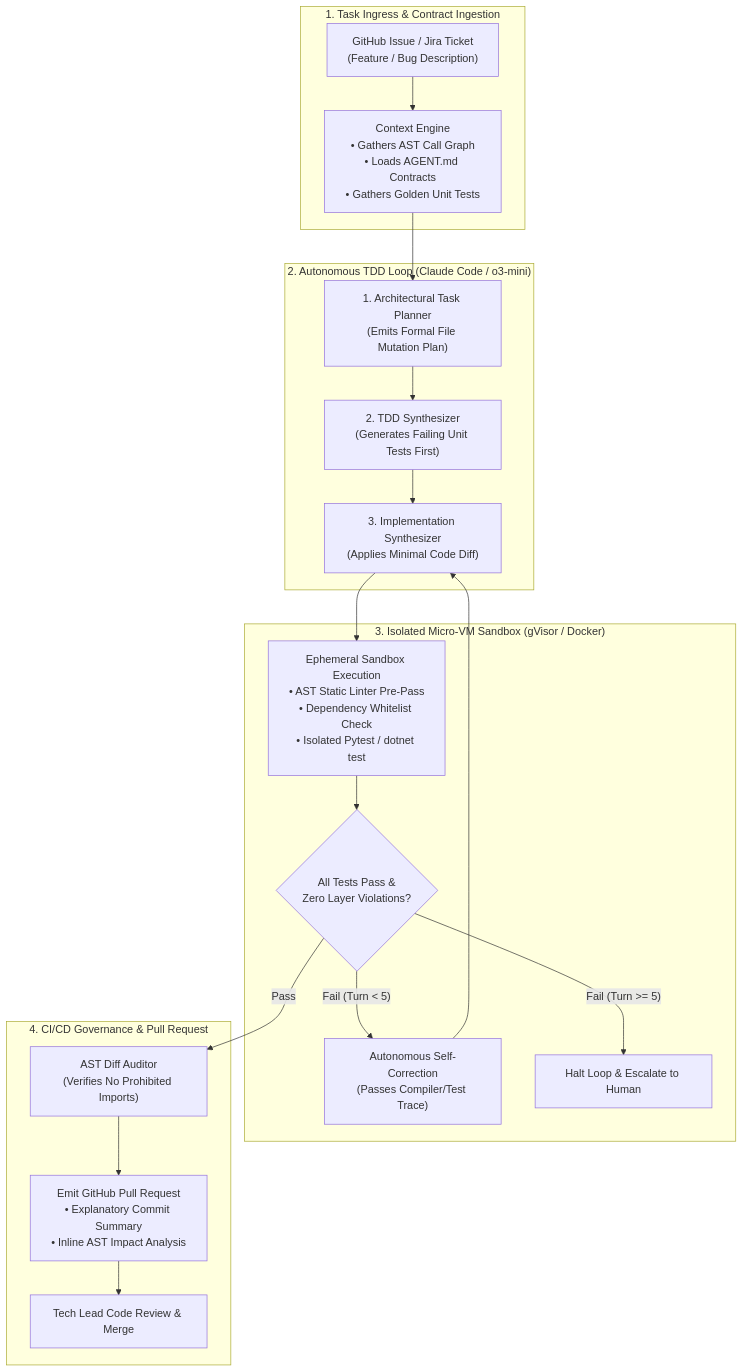
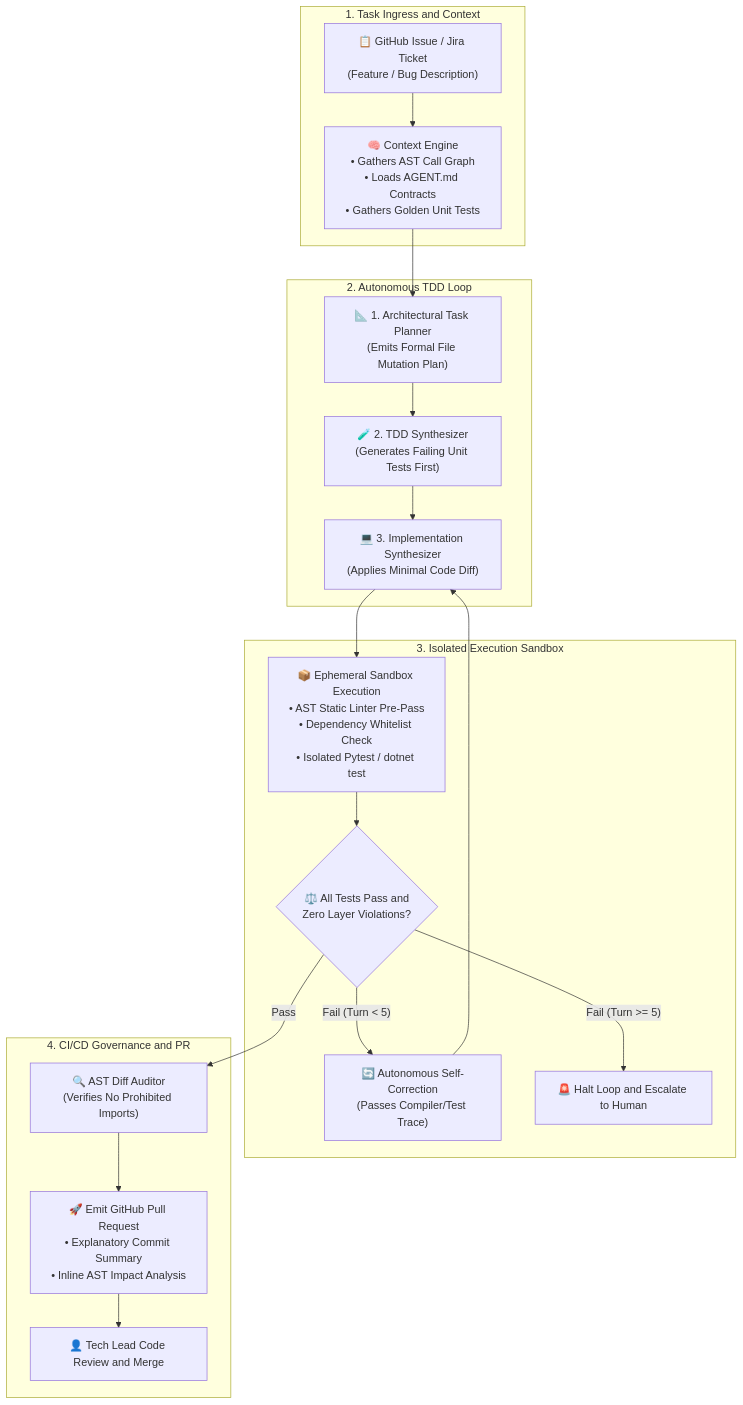
One commit to dip4k/senior-engineer-to-ai-engineer-roadmap changed the first of 2 diagrams in use-cases/use-case-01-ai-assisted-sdlc.md. Above: the diagram before and after it, drawn with Mermaid. The commit also changed 94 other files, not shown here.

Commit message:
refactor(curriculum): complete Phase 04 upgrade and enforce diagram renderer invariants

````diff
--- a/use-cases/use-case-01-ai-assisted-sdlc.md
+++ b/use-cases/use-case-01-ai-assisted-sdlc.md
@@ -24,26 +24,26 @@
 ```mermaid
 flowchart TD
-    subgraph Ingress["1. Task Ingress & Contract Ingestion"]
-        Issue["GitHub Issue / Jira Ticket<br>(Feature / Bug Description)"] --> Context["Context Engine<br>• Gathers AST Call Graph<br>• Loads AGENT.md Contracts<br>• Gathers Golden Unit Tests"]
+    subgraph Ingress["1. Task Ingress and Context"]
+        Issue["📋 GitHub Issue / Jira Ticket<br>(Feature / Bug Description)"] --> Context["🧠 Context Engine<br>• Gathers AST Call Graph<br>• Loads AGENT.md Contracts<br>• Gathers Golden Unit Tests"]
     end
 
-    subgraph AgentLoop["2. Autonomous TDD Loop (Claude Code / o3-mini)"]
-        Context --> Plan["1. Architectural Task Planner<br>(Emits Formal File Mutation Plan)"]
-        Plan --> TDD_Gen["2. TDD Synthesizer<br>(Generates Failing Unit Tests First)"]
-        TDD_Gen --> Code_Gen["3. Implementation Synthesizer<br>(Applies Minimal Code Diff)"]
+    subgraph AgentLoop["2. Autonomous TDD Loop"]
+        Context --> Plan["📐 1. Architectural Task Planner<br>(Emits Formal File Mutation Plan)"]
+        Plan --> TDD_Gen["🧪 2. TDD Synthesizer<br>(Generates Failing Unit Tests First)"]
+        TDD_Gen --> Code_Gen["💻 3. Implementation Synthesizer<br>(Applies Minimal Code Diff)"]
     end
 
-    subgraph Sandbox["3. Isolated Micro-VM Sandbox (gVisor / Docker)"]
-        Code_Gen --> Runner["Ephemeral Sandbox Execution<br>• AST Static Linter Pre-Pass<br>• Dependency Whitelist Check<br>• Isolated Pytest / dotnet test"]
-        Runner --> Gate{"All Tests Pass &<br>Zero Layer Violations?"}
-        Gate -- "Fail (Turn < 5)" --> SelfCorrect["Autonomous Self-Correction<br>(Passes Compiler/Test Trace)"]
+    subgraph Sandbox["3. Isolated Execution Sandbox"]
+        Code_Gen --> Runner["📦 Ephemeral Sandbox Execution<br>• AST Static Linter Pre-Pass<br>• Dependency Whitelist Check<br>• Isolated Pytest / dotnet test"]
+        Runner --> Gate{"⚖️ All Tests Pass and<br>Zero Layer Violations?"}
+        Gate -- "Fail (Turn < 5)" --> SelfCorrect["🔄 Autonomous Self-Correction<br>(Passes Compiler/Test Trace)"]
         SelfCorrect --> Code_Gen
-        Gate -- "Fail (Turn >= 5)" --> Escalate["Halt Loop & Escalate to Human"]
+        Gate -- "Fail (Turn >= 5)" --> Escalate["🚨 Halt Loop and Escalate to Human"]
     end
 
-    subgraph Governance["4. CI/CD Governance & Pull Request"]
-        Gate -- "Pass" --> DiffAST["AST Diff Auditor<br>(Verifies No Prohibited Imports)"]
-        DiffAST --> PR["Emit GitHub Pull Request<br>• Explanatory Commit Summary<br>• Inline AST Impact Analysis"]
-        PR --> HumanReview["Tech Lead Code Review & Merge"]
+    subgraph Governance["4. CI/CD Governance and PR"]
+        Gate -- "Pass" --> DiffAST["🔍 AST Diff Auditor<br>(Verifies No Prohibited Imports)"]
+        DiffAST --> PR["🚀 Emit GitHub Pull Request<br>• Explanatory Commit Summary<br>• Inline AST Impact Analysis"]
+        PR --> HumanReview["👤 Tech Lead Code Review and Merge"]
     end
 ```
````
